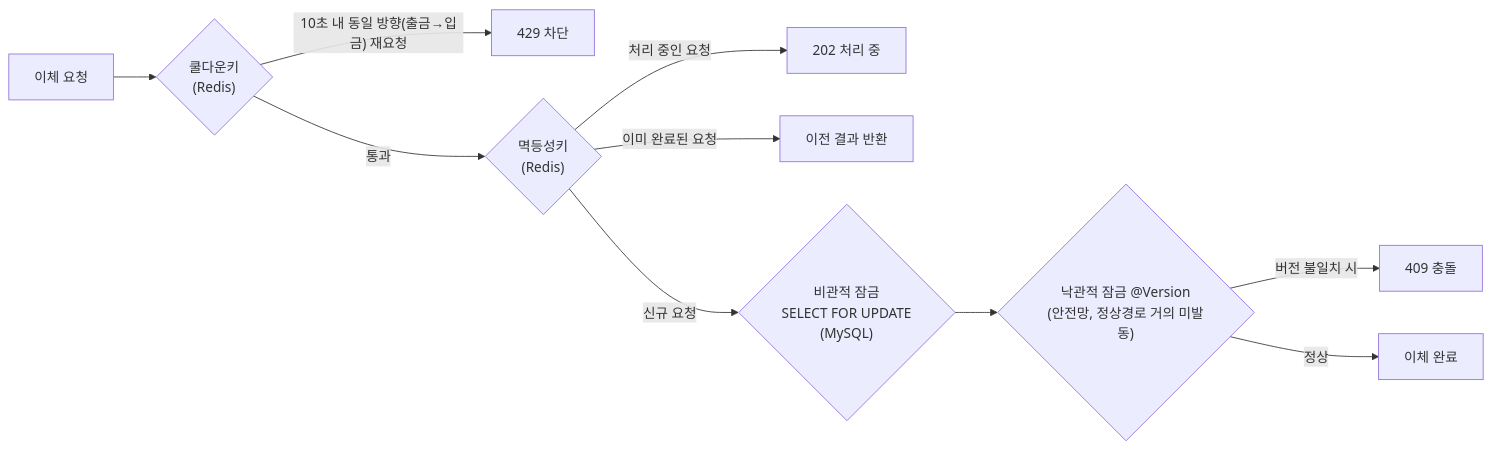
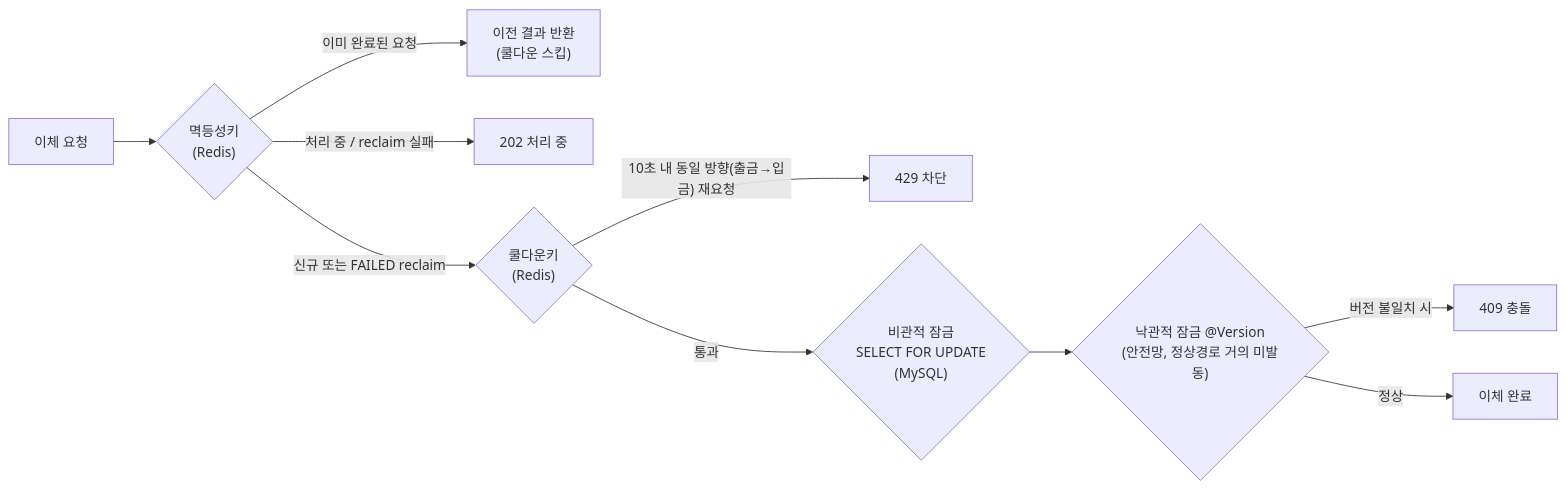
One commit to Pray-T/BankTransferSys_Backend_Restful changed the third of 3 diagrams in README.md. Above: the diagram before and after it, drawn with Mermaid. The commit also changed other lines of this file and 9 other files, not shown here.

````diff
--- a/README.md
+++ b/README.md
@@ -201,12 +229,12 @@
 ```mermaid
 graph LR
-    REQ["이체 요청"] --> CD{"쿨다운키\n(Redis)"}
+    REQ["이체 요청"] --> ID{"멱등성키\n(Redis)"}
+    ID -->|"이미 완료된 요청"| R3["이전 결과 반환\n(쿨다운 스킵)"]
+    ID -->|"처리 중 / reclaim 실패"| R2["202 처리 중"]
+    ID -->|"신규 또는 FAILED reclaim"| CD{"쿨다운키\n(Redis)"}
     CD -->|"10초 내 동일 방향(출금→입금) 재요청"| R1["429 차단"]
-    CD -->|"통과"| ID{"멱등성키\n(Redis)"}
-    ID -->|"처리 중인 요청"| R2["202 처리 중"]
-    ID -->|"이미 완료된 요청"| R3["이전 결과 반환"]
-    ID -->|"신규 요청"| PL{"비관적 잠금\nSELECT FOR UPDATE\n(MySQL)"}
+    CD -->|"통과"| PL{"비관적 잠금\nSELECT FOR UPDATE\n(MySQL)"}
     PL --> OL{"낙관적 잠금 @Version\n(안전망, 정상경로 거의 미발동)"}
     OL -->|"버전 불일치 시"| R4["409 충돌"]
     OL -->|"정상"| OK["이체 완료"]
 ```
````
